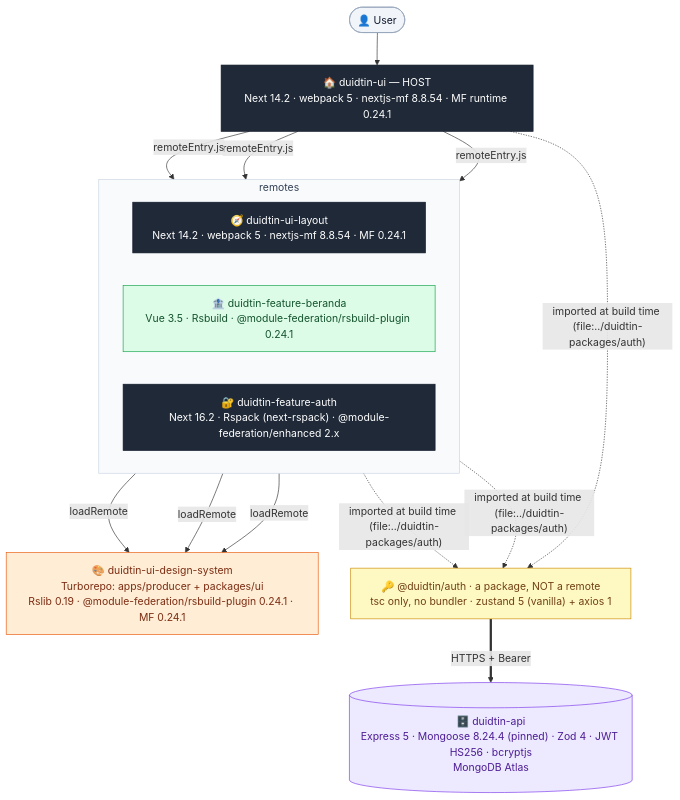
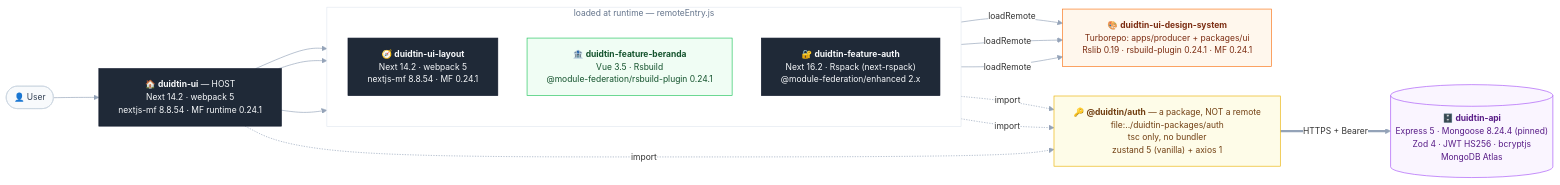
One commit to AnggaWikaNugraha/super-apps-microfrontend-duidtin changed the diagram in README.md. Above: the diagram before and after it, drawn with Mermaid. The commit also changed 1 other file, not shown here.

````diff
--- a/README.md
+++ b/README.md
@@ -281,40 +281,40 @@
 ```mermaid
-%%{init: {'flowchart': {'wrappingWidth': 420}}}%%
-flowchart TD
+%%{init: {'theme':'base','themeVariables':{'fontSize':'13px','lineColor':'#94a3b8','edgeLabelBackground':'#ffffff'},'flowchart':{'wrappingWidth':330,'nodeSpacing':45,'rankSpacing':70,'curve':'basis'}}}%%
+flowchart LR
   U(["👤 User"]) --> H
 
-  H["🏠 duidtin-ui — HOST<br/>Next 14.2 · webpack 5 · nextjs-mf 8.8.54 · MF runtime 0.24.1"]
+  H["🏠 <b>duidtin-ui</b> — HOST<br/>Next 14.2 · webpack 5<br/>nextjs-mf 8.8.54 · MF runtime 0.24.1"]
 
-  subgraph RUNTIME ["remotes"]
-    direction LR
-    L["🧭 duidtin-ui-layout<br/>Next 14.2 · webpack 5 · nextjs-mf 8.8.54 · MF 0.24.1"]
-    B["🏦 duidtin-feature-beranda<br/>Vue 3.5 · Rsbuild · @module-federation/rsbuild-plugin 0.24.1"]
-    A["🔐 duidtin-feature-auth<br/>Next 16.2 · Rspack (next-rspack) · @module-federation/enhanced 2.x"]
+  subgraph RUNTIME ["loaded at runtime — remoteEntry.js"]
+    direction TB
+    L["🧭 <b>duidtin-ui-layout</b><br/>Next 14.2 · webpack 5<br/>nextjs-mf 8.8.54 · MF 0.24.1"]
+    B["🏦 <b>duidtin-feature-beranda</b><br/>Vue 3.5 · Rsbuild<br/>@module-federation/rsbuild-plugin 0.24.1"]
+    A["🔐 <b>duidtin-feature-auth</b><br/>Next 16.2 · Rspack (next-rspack)<br/>@module-federation/enhanced 2.x"]
   end
 
-  H -- "remoteEntry.js" --> L
-  H -- "remoteEntry.js" --> B
-  H -- "remoteEntry.js" --> A
+  H --> L
+  H --> B
+  H --> A
 
-  L & B & A -- "loadRemote" --> DS["🎨 duidtin-ui-design-system<br/>Turborepo: apps/producer + packages/ui<br/>Rslib 0.19 · @module-federation/rsbuild-plugin 0.24.1 · MF 0.24.1"]
+  L & B & A -- "loadRemote" --> DS["🎨 <b>duidtin-ui-design-system</b><br/>Turborepo: apps/producer + packages/ui<br/>Rslib 0.19 · rsbuild-plugin 0.24.1 · MF 0.24.1"]
 
-  H & B & A -. "imported at build time (file:../duidtin-packages/auth)" .-> P["🔑 @duidtin/auth · a package, NOT a remote<br/>tsc only, no bundler · zustand 5 (vanilla) + axios 1"]
+  H & B & A -. "import" .-> P["🔑 <b>@duidtin/auth</b> — a package, NOT a remote<br/>file:../duidtin-packages/auth<br/>tsc only, no bundler<br/>zustand 5 (vanilla) + axios 1"]
 
-  P == "HTTPS + Bearer" ==> API[("🗄️ duidtin-api<br/>Express 5 · Mongoose 8.24.4 (pinned) · Zod 4 · JWT HS256 · bcryptjs<br/>MongoDB Atlas")]
+  P == "HTTPS + Bearer" ==> API[("🗄️ <b>duidtin-api</b><br/>Express 5 · Mongoose 8.24.4 (pinned)<br/>Zod 4 · JWT HS256 · bcryptjs<br/>MongoDB Atlas")]
 
-  classDef user fill:#f1f5f9,stroke:#94a3b8,color:#0f172a
-  classDef next fill:#1f2937,stroke:#111827,color:#ffffff
-  classDef rs fill:#ffedd5,stroke:#ea580c,color:#7c2d12
-  classDef vue fill:#dcfce7,stroke:#16a34a,color:#14532d
-  classDef pkg fill:#fef9c3,stroke:#ca8a04,color:#713f12
-  classDef backend fill:#ede9fe,stroke:#7c3aed,color:#4c1d95
+  classDef user fill:#f8fafc,stroke:#cbd5e1,color:#334155
+  classDef next fill:#1f2937,stroke:#0f172a,color:#f8fafc
+  classDef rs fill:#fff7ed,stroke:#f97316,color:#7c2d12
+  classDef vue fill:#f0fdf4,stroke:#22c55e,color:#14532d
+  classDef pkg fill:#fefce8,stroke:#eab308,color:#713f12
+  classDef backend fill:#faf5ff,stroke:#a855f7,color:#581c87
 
   class U user
   class H,L,A next
   class DS rs
   class B vue
   class P pkg
   class API backend
 
-  style RUNTIME fill:#f8fafc,stroke:#cbd5e1,color:#334155
+  style RUNTIME fill:#ffffff,stroke:#e2e8f0,color:#64748b
 ```
````
